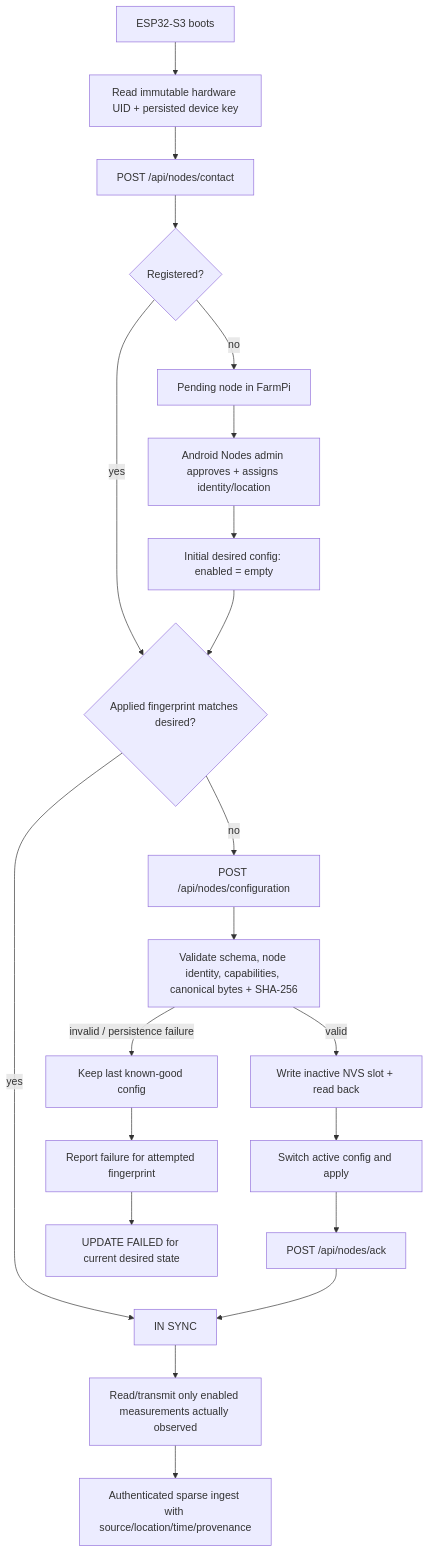
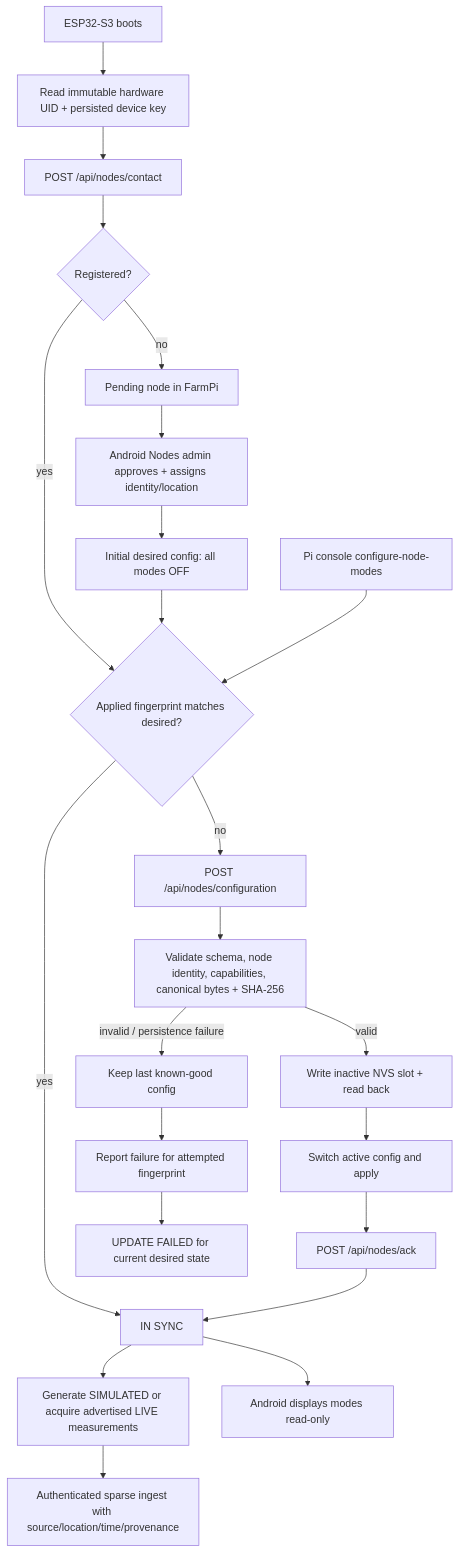
The diagram in docs/diagrams/managed-node-configuration.mmd (w0rmy/farmpi), drawn with Mermaid before and after one commit. The commit also changed 28 other files, not shown here.

```diff
--- a/docs/diagrams/managed-node-configuration.mmd
+++ b/docs/diagrams/managed-node-configuration.mmd
@@ -1,21 +1,23 @@
 flowchart TD
   B[ESP32-S3 boots] --> U[Read immutable hardware UID + persisted device key]
   U --> C[POST /api/nodes/contact]
   C --> R{Registered?}
   R -->|no| P[Pending node in FarmPi]
   P --> A[Android Nodes admin approves + assigns identity/location]
-  A --> E[Initial desired config: enabled = empty]
+  A --> E[Initial desired config: all modes OFF]
   R -->|yes| H{Applied fingerprint matches desired?}
   E --> H
   H -->|yes| S[IN SYNC]
   H -->|no| F[POST /api/nodes/configuration]
   F --> V[Validate schema, node identity, capabilities, canonical bytes + SHA-256]
   V -->|valid| N[Write inactive NVS slot + read back]
   N --> X[Switch active config and apply]
   X --> K[POST /api/nodes/ack]
   K --> S
   V -->|invalid / persistence failure| L[Keep last known-good config]
   L --> Q[Report failure for attempted fingerprint]
   Q --> D[UPDATE FAILED for current desired state]
-  S --> T[Read/transmit only enabled measurements actually observed]
+  S --> T[Generate SIMULATED or acquire advertised LIVE measurements]
   T --> I[Authenticated sparse ingest with source/location/time/provenance]
+  CLI[Pi console configure-node-modes] --> H
+  S --> UI[Android displays modes read-only]
```
